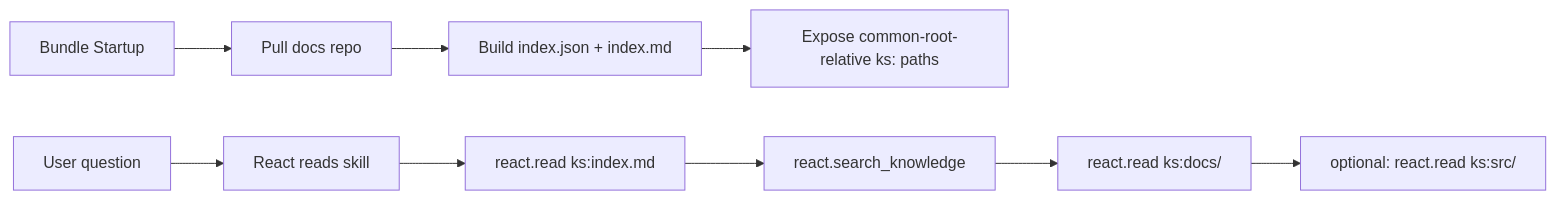
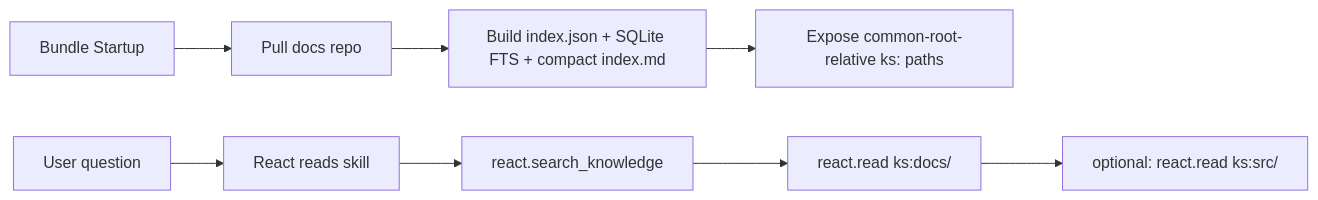
One commit to kdcube/kdcube-ai-app changed the second of 2 diagrams in app/ai-app/src/kdcube-ai-app/kdcube_ai_app/apps/chat/sdk/examples/bundles/kdcube.copilot@2026-04-03-19-05/doc-reader-README.md. Above: the diagram before and after it, drawn with Mermaid. The commit also changed other lines of this file and 5 other files, not shown here.

````diff
--- a/app/ai-app/src/kdcube-ai-app/kdcube_ai_app/apps/chat/sdk/examples/bundles/kdcube.copilot@2026-04-03-19-05/doc-reader-README.md
+++ b/app/ai-app/src/kdcube-ai-app/kdcube_ai_app/apps/chat/sdk/examples/bundles/kdcube.copilot@2026-04-03-19-05/doc-reader-README.md
@@ -430,12 +440,11 @@
 ```mermaid
 flowchart LR
     A[Bundle Startup] --> B[Pull docs repo]
-    B --> C[Build index.json + index.md]
+    B --> C[Build index.json + SQLite FTS + compact index.md]
     C --> D[Expose common-root-relative ks: paths]
 
     U[User question] --> S[React reads skill]
-    S --> I[react.read ks:index.md]
-    I --> Q[react.search_knowledge]
+    S --> Q[react.search_knowledge]
     Q --> R[react.read ks:docs/<path>]
     R --> X[optional: react.read ks:src/<real-path>]
 ```
````
